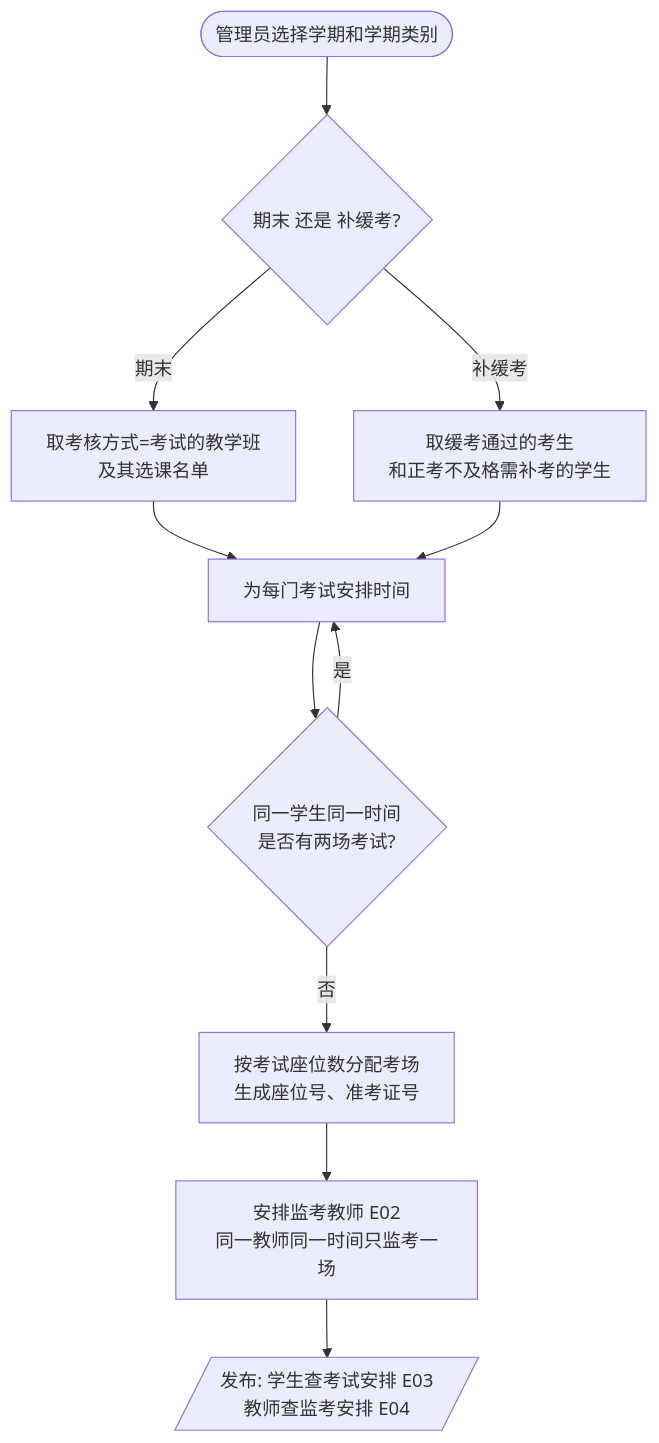
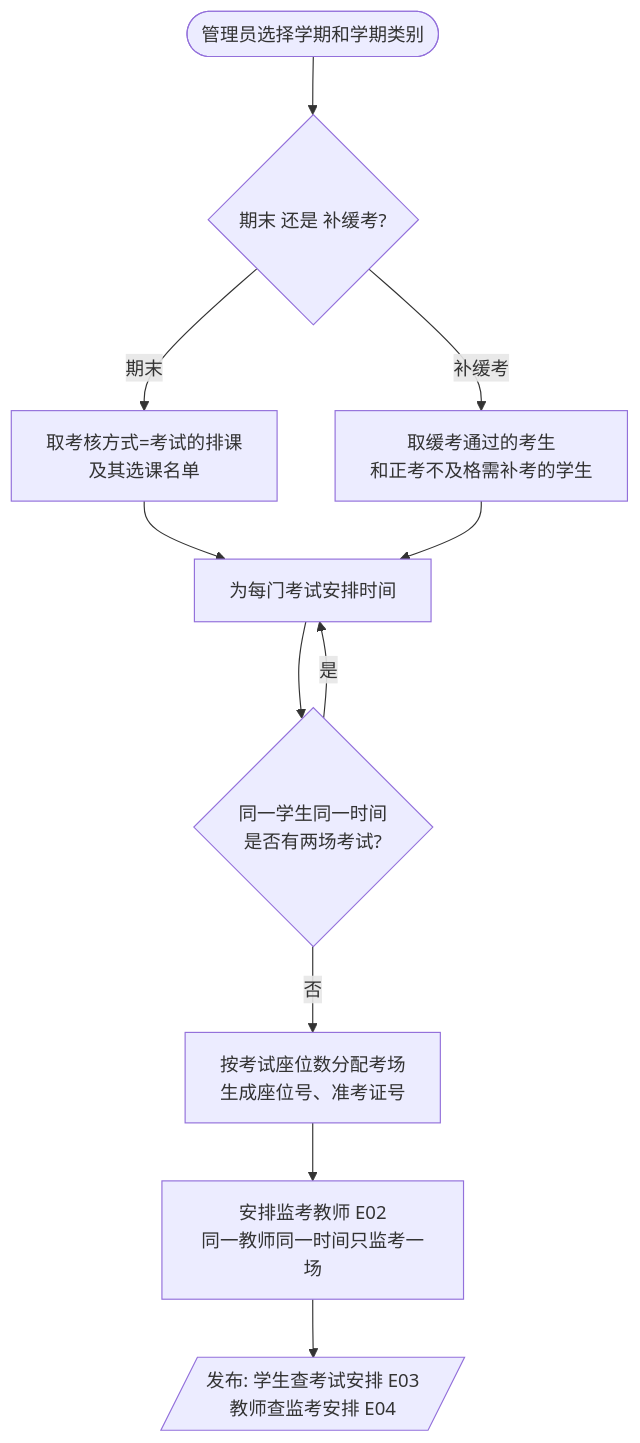
One commit to We1chan/databasecoursedesign changed the sixth of 14 diagrams in docs/需求分析文档.md. Above: the diagram before and after it, drawn with Mermaid. The commit also changed other lines of this file and 29 other files, not shown here.

````diff
--- a/docs/需求分析文档.md
+++ b/docs/需求分析文档.md
@@ -999,13 +684,13 @@
 ```mermaid
 flowchart TD
     A([管理员选择学期和学期类别]) --> B{期末 还是 补缓考?}
-    B -- 期末 --> C[取考核方式=考试的教学班<br/>及其选课名单]
+    B -- 期末 --> C[取考核方式=考试的排课<br/>及其选课名单]
     B -- 补缓考 --> D[取缓考通过的考生<br/>和正考不及格需补考的学生]
     C --> E[为每门考试安排时间]
     D --> E
     E --> F{同一学生同一时间<br/>是否有两场考试?}
     F -- 是 --> E
     F -- 否 --> G[按考试座位数分配考场<br/>生成座位号、准考证号]
     G --> H[安排监考教师 E02<br/>同一教师同一时间只监考一场]
     H --> I[/发布: 学生查考试安排 E03<br/>教师查监考安排 E04/]
 ```
````
